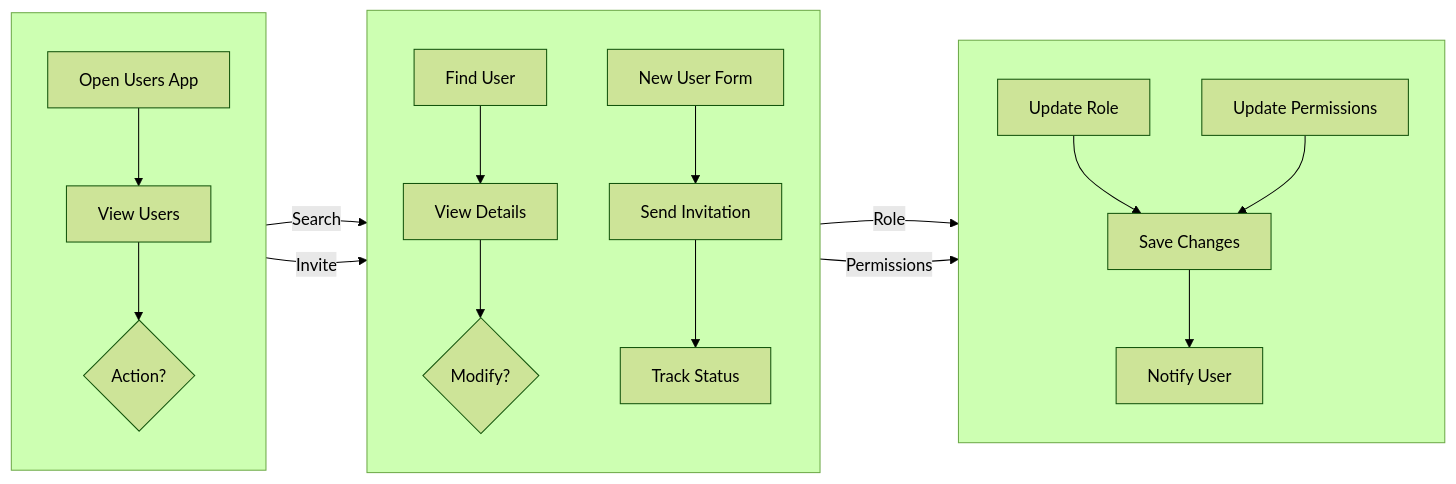
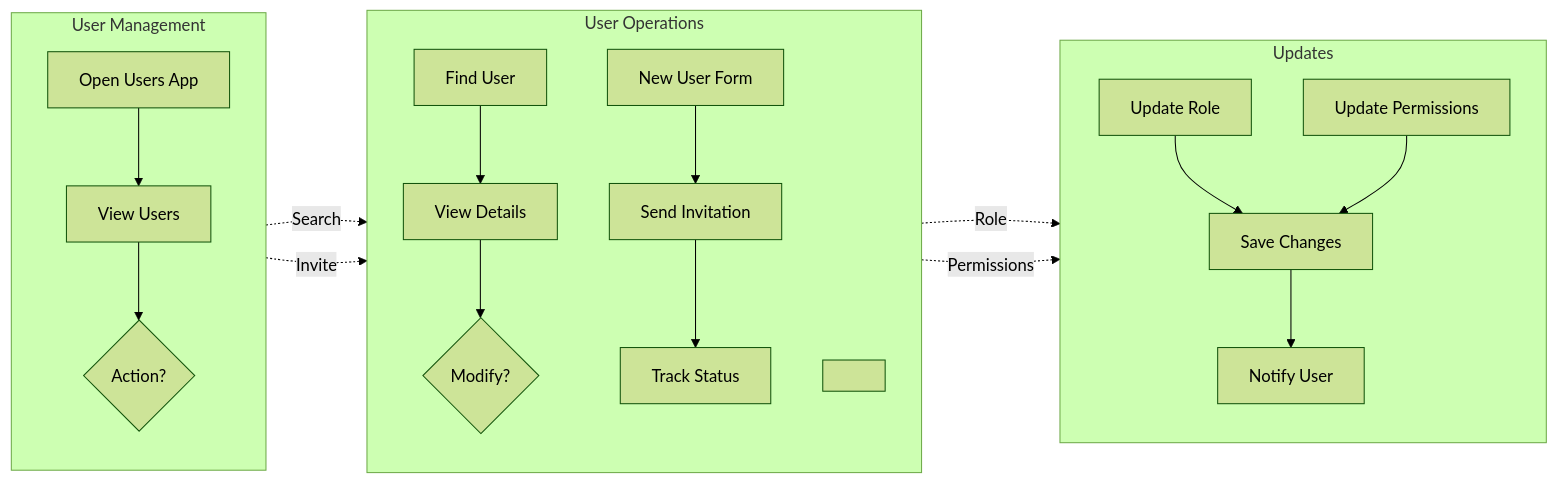
Before and after one commit to RoundRobinHood/cogniflight-cloud: the seventh of 10 diagrams in docs/SEN3781_Assignment4_Information_Architecture_Report.md, drawn with Mermaid (forest theme). The commit also changed other lines of this file, not shown here.

Commit message:
improved diagram readability

````diff
--- a/docs/SEN3781_Assignment4_Information_Architecture_Report.md
+++ b/docs/SEN3781_Assignment4_Information_Architecture_Report.md
@@ -373,25 +381,28 @@
 ```mermaid
 flowchart LR
-    subgraph col1[" "]
+    subgraph s1["User Management"]
         direction TB
         A[Open Users App] --> B[View Users]
         B --> C{Action?}
     end
-    subgraph col2[" "]
+    subgraph s2["User Operations"]
         direction TB
         D[Find User] --> F[View Details]
         F --> G{Modify?}
+        space1[" "]
         E[New User Form] --> L[Send Invitation]
         L --> M[Track Status]
     end
-    subgraph col3[" "]
+    subgraph s3["Updates"]
         direction TB
-        H[Update Role] --> J[Save Changes]
-        I[Update Permissions] --> J
+        H[Update Role]
+        I[Update Permissions]
+        H --> J[Save Changes]
+        I --> J
         J --> K[Notify User]
     end
-    C -->|Search| D
-    C -->|Invite| E
-    G -->|Role| H
-    G -->|Permissions| I
+    C -.->|Search| D
+    C -.->|Invite| E
+    G -.->|Role| H
+    G -.->|Permissions| I
 ```
````
